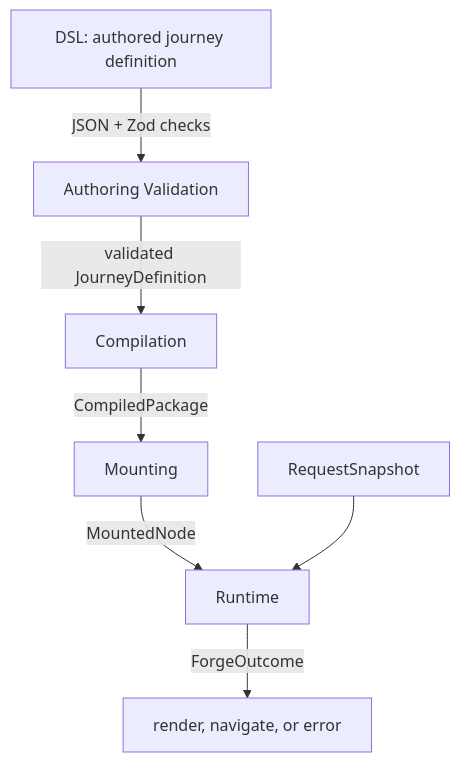
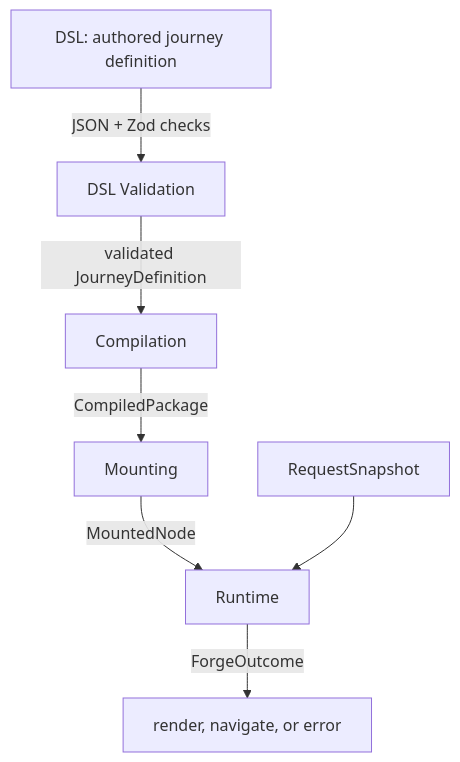
One commit to ministryofjustice/hmpps-forge changed the first of 3 diagrams in packages/forge-core/src/engine/README.md. Above: the diagram before and after it, drawn with Mermaid. The commit also changed other lines of this file and 11 other files, not shown here.

Commit message:
Move DSL validation into its own concern folder

````diff
--- a/packages/forge-core/src/engine/README.md
+++ b/packages/forge-core/src/engine/README.md
@@ -30,9 +31,9 @@
 ```mermaid
 flowchart TD
-  dsl["DSL: authored journey definition"] -->|"JSON + Zod checks"| schema["Authoring Validation"]
+  dsl["DSL: authored journey definition"] -->|"JSON + Zod checks"| schema["DSL Validation"]
   schema -->|"validated JourneyDefinition"| compilation["Compilation"]
   compilation -->|"CompiledPackage"| mounting["Mounting"]
   mounting -->|"MountedNode"| runtime["Runtime"]
   request["RequestSnapshot"] --> runtime
   runtime -->|"ForgeOutcome"| outcome["render, navigate, or error"]
 ```
````
